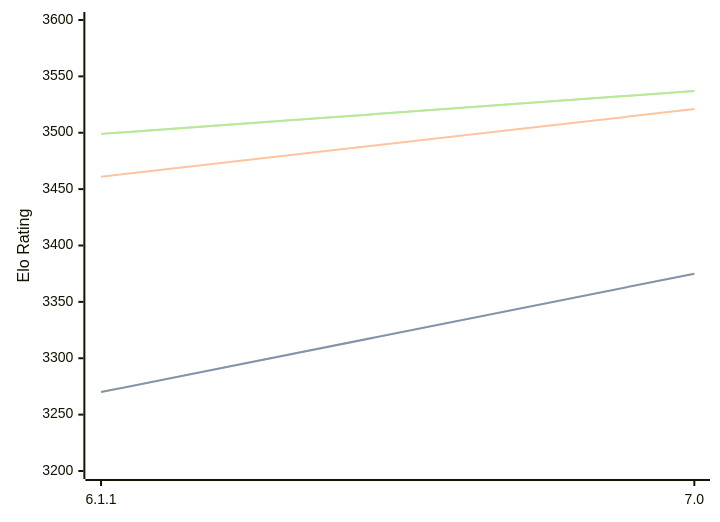
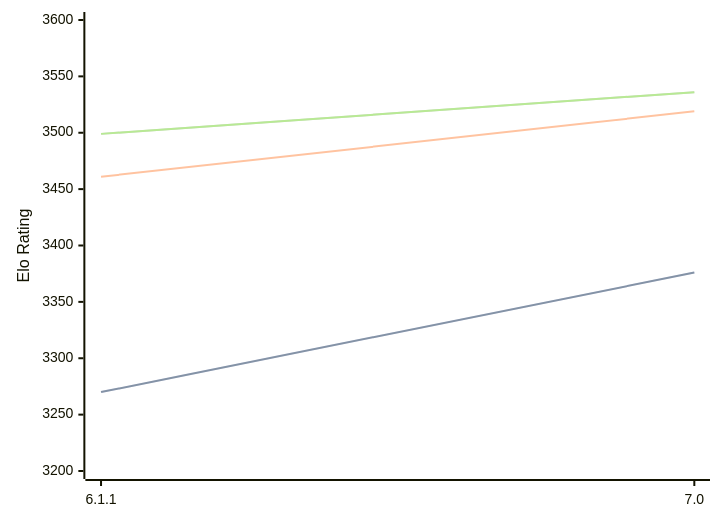
Before and after one commit to computer-chess-index/cci: the diagram in engines/Astra.md, drawn with Mermaid. The commit also changed other lines of this file, not shown here.

Commit message:
Update CCI Ratings (ELO VLTC) - 2026-07-21

````diff
--- a/engines/Astra.md
+++ b/engines/Astra.md
@@ -44,11 +44,11 @@
 ```mermaid
 %%{init: {"theme":"base","themeVariables":{"seriesColors:['#a3a3a3','#222221','#faa371']}}}%%
 xychart-beta
   x-axis ["6.1.1", "7.0"]
   y-axis "Elo Rating" 3200 --> 3600
-  line "STC (8.0+0.08s)" [3270, 3375]
-  line "STC (8.0+0.08s)" [3270, 3375]
-  line "LTC (60.0+0.60s)" [3461, 3521]
-  line "VLTC (2m24s+1.12s)" [3499, 3537]
-  line "VLTC (2m24s+1.12s)" [3499, 3537]
+  line "STC (8.0+0.08s)" [3270, 3376]
+  line "STC (8.0+0.08s)" [3270, 3376]
+  line "LTC (60.0+0.60s)" [3461, 3519]
+  line "VLTC (2m24s+1.12s)" [3499, 3536]
+  line "VLTC (2m24s+1.12s)" [3499, 3536]
 ```
````
